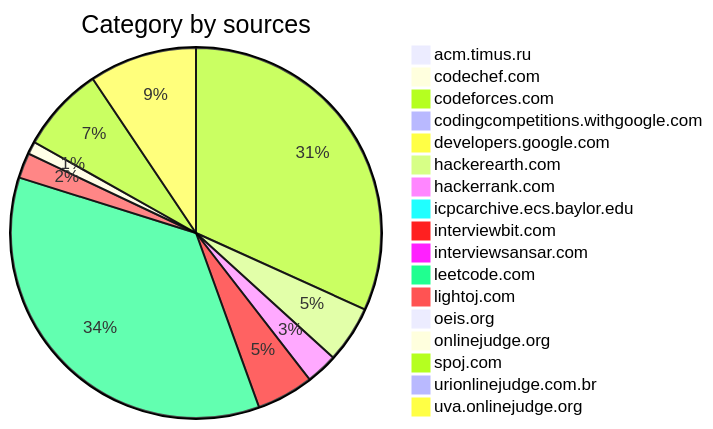
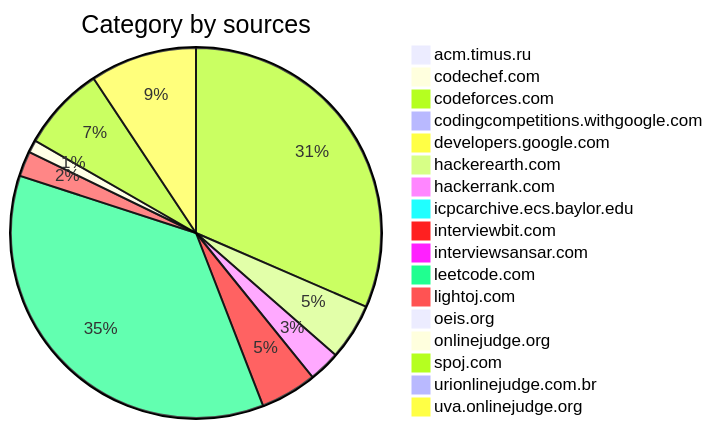
Before and after one commit to hienmv/Problems-Solving: the diagram in README.md, drawn with Mermaid. The commit also changed other lines of this file and 3 other files, not shown here.

````diff
--- a/README.md
+++ b/README.md
@@ -23,21 +23,21 @@
 ```mermaid
 pie
 	title Category by sources
 	"acm.timus.ru" : 1
 	"codechef.com" : 2
 	"codeforces.com" : 115
 	"codingcompetitions.withgoogle.com" : 1
 	"developers.google.com" : 1
 	"hackerearth.com" : 18
 	"hackerrank.com" : 10
 	"icpcarchive.ecs.baylor.edu" : 3
 	"interviewbit.com" : 18
 	"interviewsansar.com" : 1
-	"leetcode.com" : 128
+	"leetcode.com" : 131
 	"lightoj.com" : 8
 	"oeis.org" : 1
 	"onlinejudge.org" : 4
 	"spoj.com" : 27
 	"urionlinejudge.com.br" : 2
 	"uva.onlinejudge.org" : 34
 ```
````
